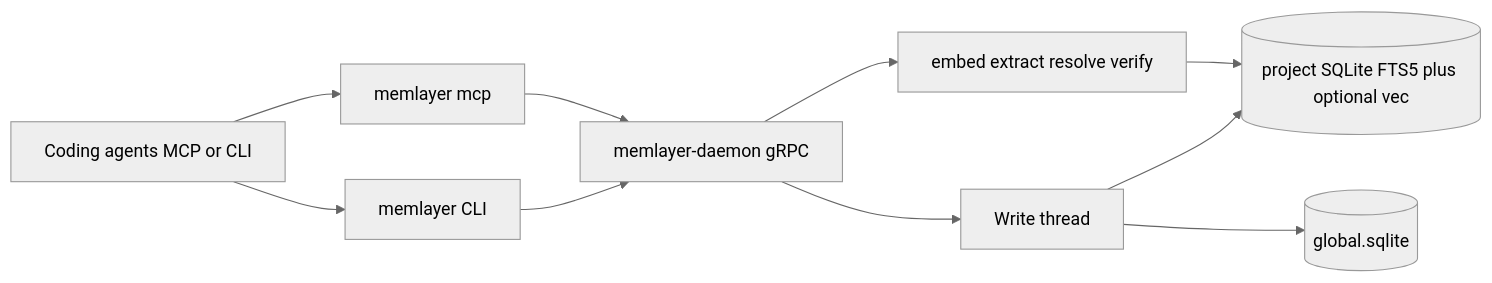
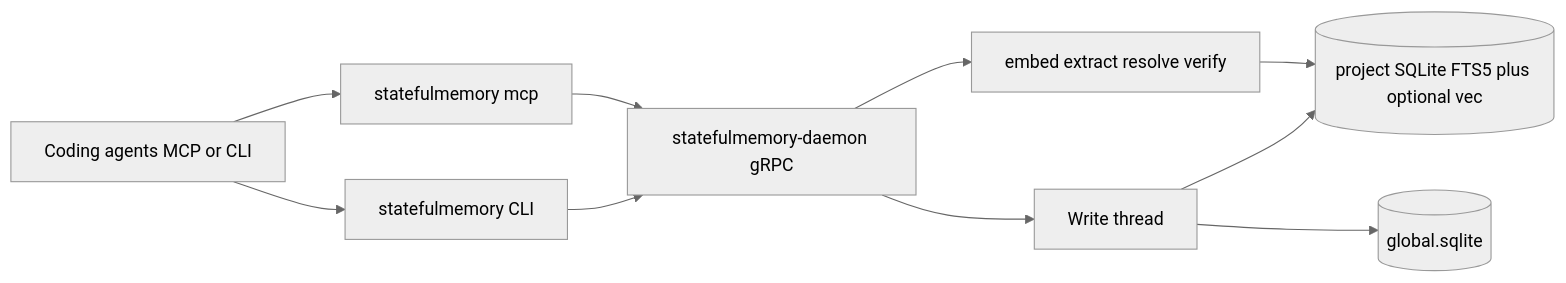
Before and after one commit to sanudatta11/statefulmemory: the diagram in README.md, drawn with Mermaid (neutral theme). The commit also changed other lines of this file and 544 other files, not shown here.

Commit message:
refactor!: rename memlayer to statefulmemory; docs at statefulmemory.dev

````diff
--- a/README.md
+++ b/README.md
@@ -71,20 +71,20 @@
 ```mermaid
 flowchart LR
   Agents[Coding agents MCP or CLI]
-  CLI[memlayer CLI]
-  MCP[memlayer mcp]
-  D[memlayer-daemon gRPC]
+  CLI[statefulmemory CLI]
+  MCP[statefulmemory mcp]
+  D[statefulmemory-daemon gRPC]
   WT[Write thread]
   DB[(project SQLite FTS5 plus optional vec)]
   G[(global.sqlite)]
   Workers[embed extract resolve verify]
   Agents --> CLI
   Agents --> MCP
   CLI --> D
   MCP --> D
   D --> WT
   WT --> DB
   WT --> G
   D --> Workers
   Workers --> DB
 ```
````
